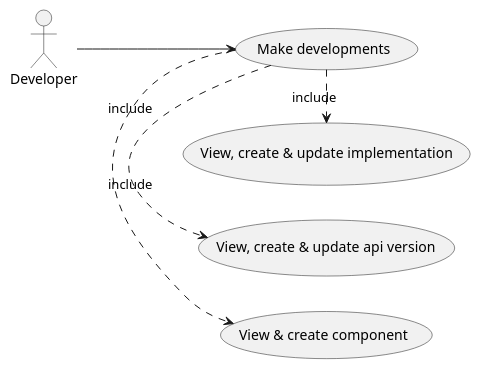
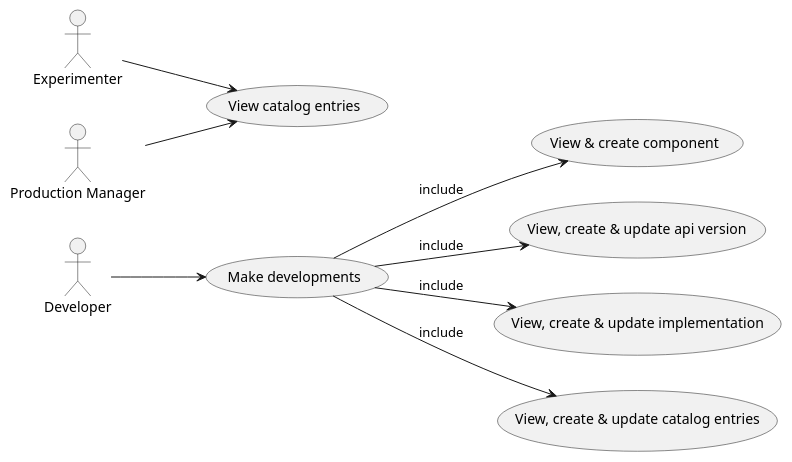
Before and after one commit to kathra-project/specifications: the diagram in Use cases/kathra-use-cases.puml, drawn with PlantUML. The commit also changed 3 other files, not shown here.

Commit message:
CatalogManager: define model

```diff
--- a/Use cases/kathra-use-cases.puml
+++ b/Use cases/kathra-use-cases.puml
@@ -1,20 +1,29 @@
 @startuml
 'default
 left to right direction
 
 
 :developer: as "Developer"
+:experimenter: as "Experimenter"
+:productionManager: as "Production Manager"
 
 (development) as "Make developments"
 (componentFeature) as "View & create component"
 (apiVersionFeature) as "View, create & update api version"
 (implementationFeature) as "View, create & update implementation"
+(catalogFeatureManage) as "View, create & update catalog entries"
+(catalogFeatureView) as "View catalog entries"
 
 
-(development) .> (componentFeature) : include
-(development) .> (apiVersionFeature) : include
-(development) .> (implementationFeature) : include
+(development) --> (componentFeature) : include
+(development) --> (apiVersionFeature) : include
+(development) --> (implementationFeature) : include
+(development) --> (catalogFeatureManage) : include
 
 developer --> (development)
 
+experimenter --> (catalogFeatureView)
+productionManager --> (catalogFeatureView)
+
+
 @enduml
```
